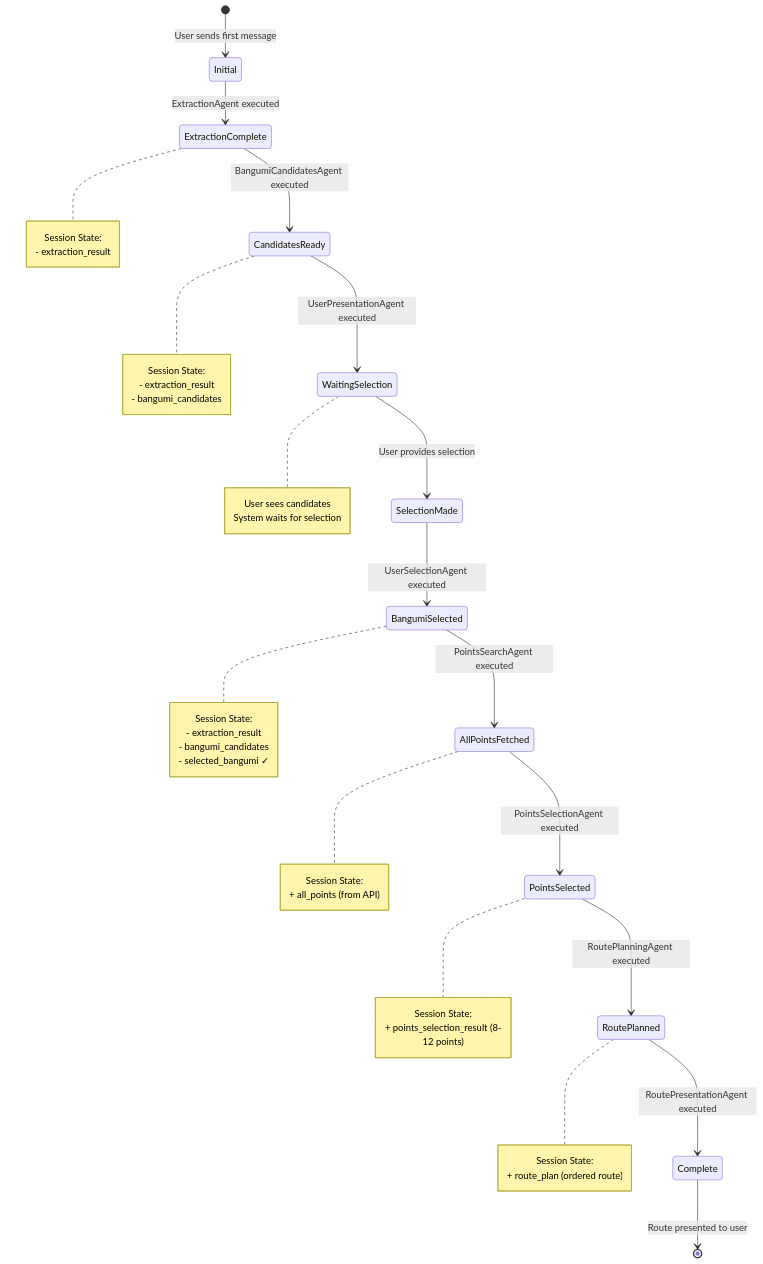
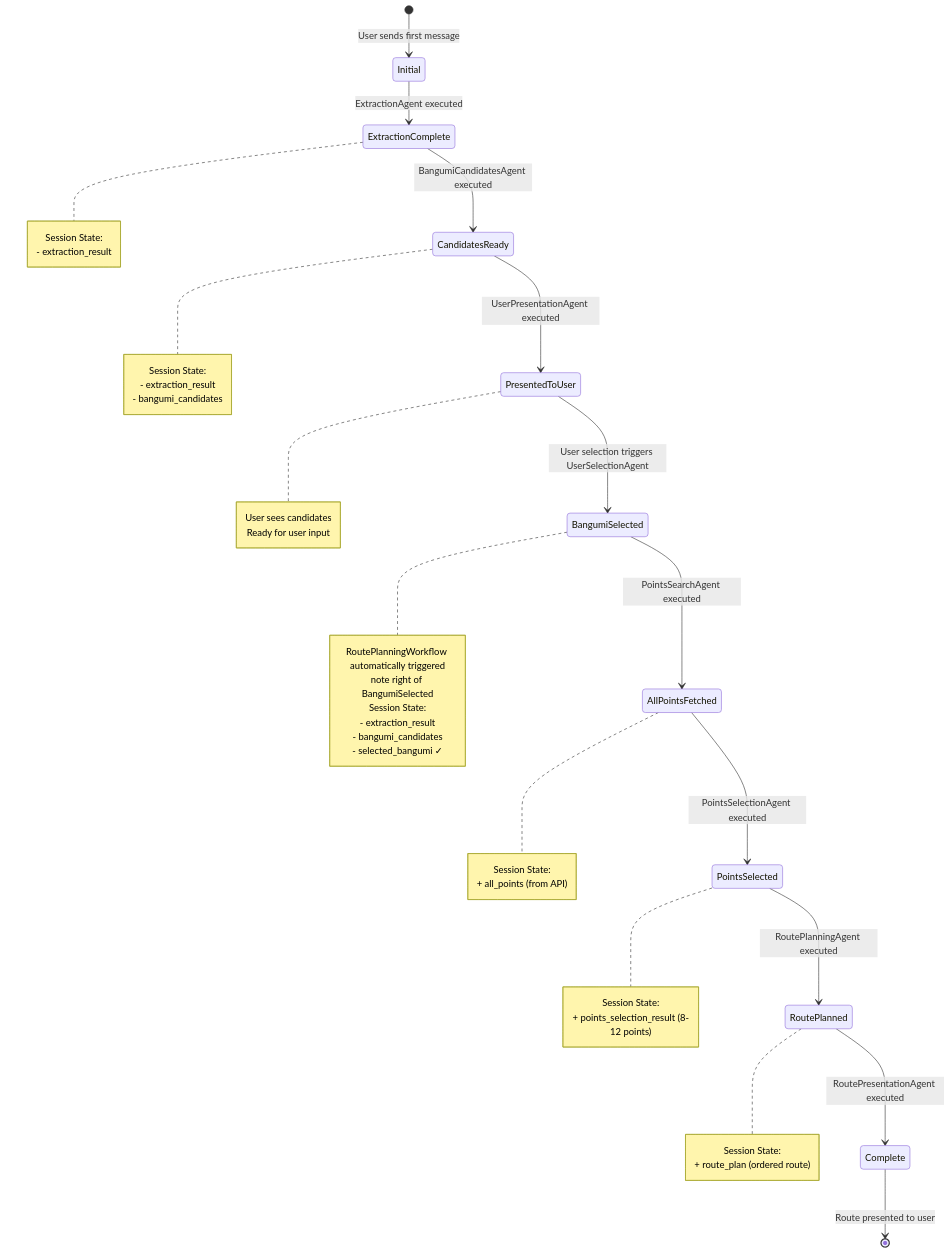
One commit to lifeodyssey/Seichijunrei-bot changed the diagram in docs/architecture/state_diagram.md. Above: the diagram before and after it, drawn with Mermaid. The commit also changed 8 other files, not shown here.

Commit message:
feat: Refactor root agent to be a pure router for automatic workflow execution and add new evaluation set.

````diff
--- a/docs/architecture/state_diagram.md
+++ b/docs/architecture/state_diagram.md
@@ -3,54 +3,54 @@
 ```mermaid
 stateDiagram-v2
     [*] --> Initial: User sends first message
     
     Initial --> ExtractionComplete: ExtractionAgent executed
     note right of ExtractionComplete
         Session State:
         - extraction_result
     end note
     
     ExtractionComplete --> CandidatesReady: BangumiCandidatesAgent executed
     note right of CandidatesReady
         Session State:
         - extraction_result
         - bangumi_candidates
     end note
     
-    CandidatesReady --> WaitingSelection: UserPresentationAgent executed
-    note right of WaitingSelection
+    CandidatesReady --> PresentedToUser: UserPresentationAgent executed
+    note right of PresentedToUser
         User sees candidates
-        System waits for selection
+        Ready for user input
     end note
-    
-    WaitingSelection --> SelectionMade: User provides selection
-    
-    SelectionMade --> BangumiSelected: UserSelectionAgent executed
+
+    PresentedToUser --> BangumiSelected: User selection triggers UserSelectionAgent
+    note right of BangumiSelected
+        RoutePlanningWorkflow automatically triggered
     note right of BangumiSelected
         Session State:
         - extraction_result
         - bangumi_candidates
         - selected_bangumi ✓
     end note
     
     BangumiSelected --> AllPointsFetched: PointsSearchAgent executed
     note right of AllPointsFetched
         Session State:
         + all_points (from API)
     end note
     
     AllPointsFetched --> PointsSelected: PointsSelectionAgent executed
     note right of PointsSelected
         Session State:
         + points_selection_result (8-12 points)
     end note
     
     PointsSelected --> RoutePlanned: RoutePlanningAgent executed
     note right of RoutePlanned
         Session State:
         + route_plan (ordered route)
     end note
     
     RoutePlanned --> Complete: RoutePresentationAgent executed
     Complete --> [*]: Route presented to user
 ```
````
